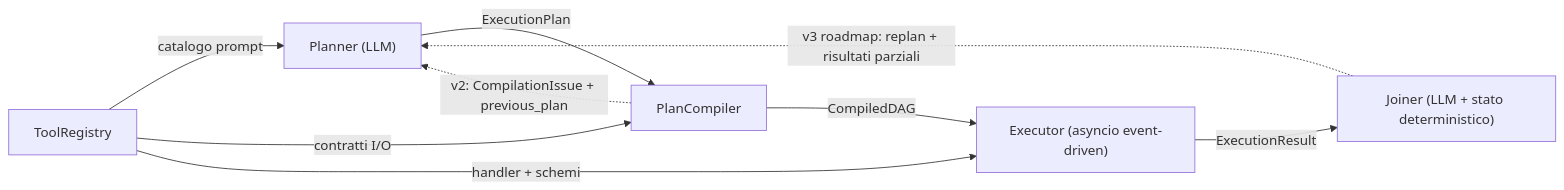
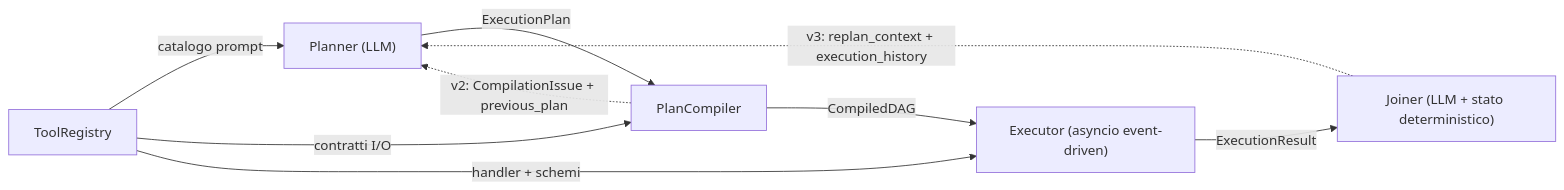
One commit to patatabollente/LLM-compiler-Langgraph changed the first of 2 diagrams in README.md. Above: the diagram before and after it, drawn with Mermaid. The commit also changed other lines of this file and 12 other files, not shown here.

````diff
--- a/README.md
+++ b/README.md
@@ -78,11 +79,11 @@
 ```mermaid
 flowchart LR
     R["ToolRegistry"] -->|catalogo prompt| P["Planner (LLM)"]
     P -->|ExecutionPlan| C["PlanCompiler"]
     R -->|contratti I/O| C
     C -->|CompiledDAG| E["Executor (asyncio event-driven)"]
     R -->|handler + schemi| E
     E -->|ExecutionResult| J["Joiner (LLM + stato deterministico)"]
     C -. "v2: CompilationIssue + previous_plan" .-> P
-    J -. "v3 roadmap: replan + risultati parziali" .-> P
+    J -. "v3: replan_context + execution_history" .-> P
 ```
````
